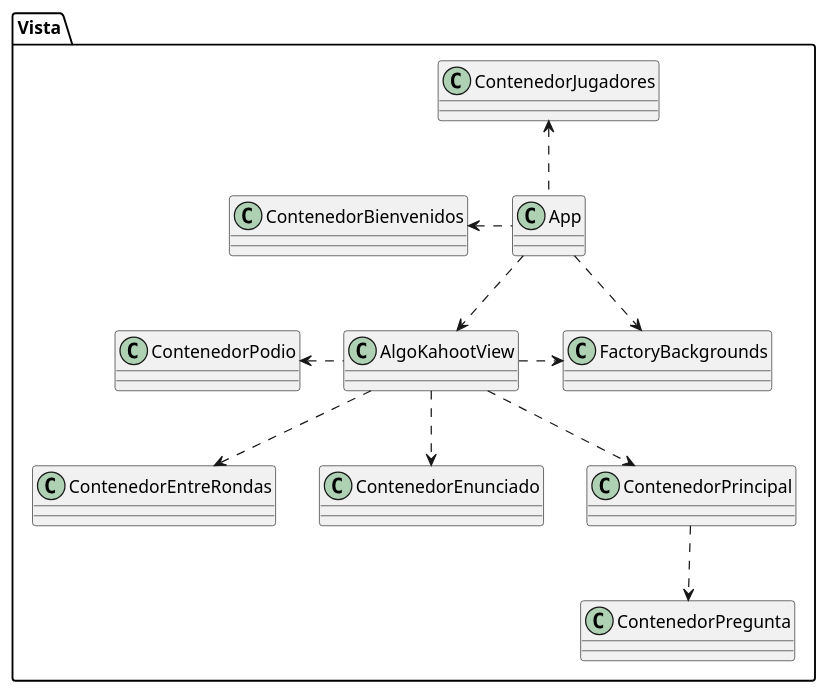
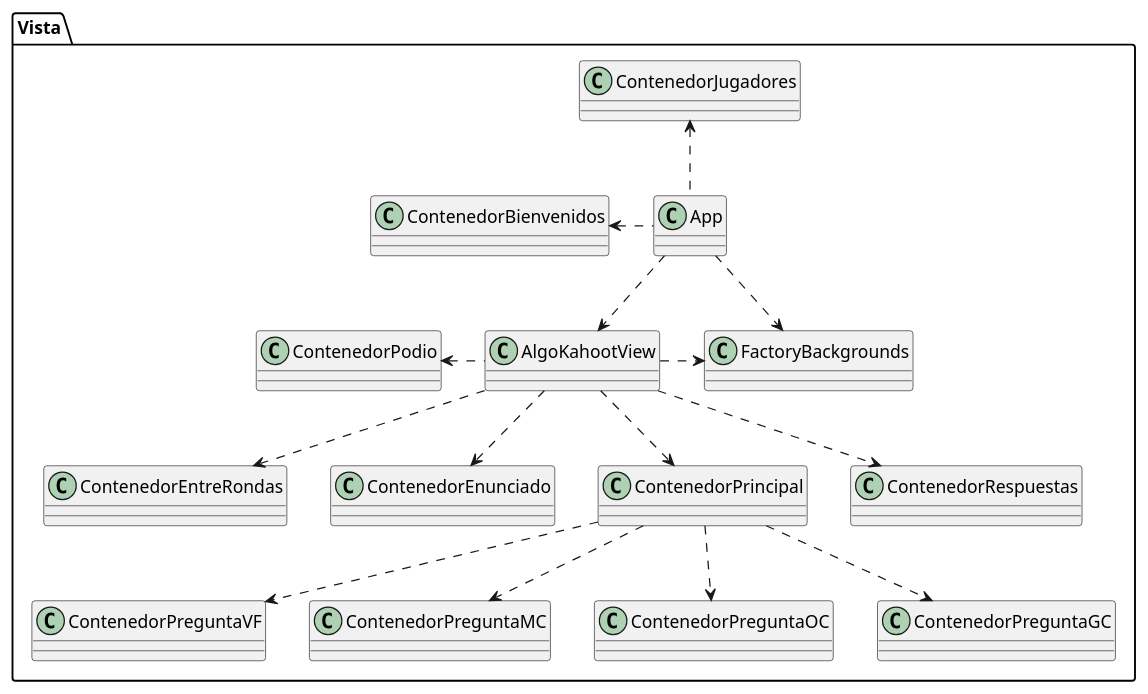
One commit to gcc-cdimatteo/Algoritmos-y-Programacion-III-75.07 changed the diagram in Documentacion/Diagramas de Clases/Diagrama de Clases Vista.puml. Above: the diagram before and after it, drawn with PlantUML. The commit also changed 1 other file, not shown here.

Commit message:
Actualizo diagramas de la Vista

```diff
--- a/Documentacion/Diagramas de Clases/Diagrama de Clases Vista.puml
+++ b/Documentacion/Diagramas de Clases/Diagrama de Clases Vista.puml
@@ -1,41 +1,49 @@
 @startuml
 skinparam classAttributeIconSize 0
 
 package Vista {
     class AlgoKahootView
     class App
     class ContenedorBienvenidos
     class ContenedorEntreRondas
     class ContenedorEnunciado
     class ContenedorJugadores
     class ContenedorPodio
-    class ContenedorPregunta
+    class ContenedorPreguntaVF
+    class ContenedorPreguntaMC
+    class ContenedorPreguntaOC
+    class ContenedorPreguntaGC
     class ContenedorPrincipal
+    class ContenedorRespuestas
     class FactoryBackgrounds
 }
 
 'Ordenamiento De Cuadrados
 
 'Herencia --|> cumple la relación 'es un'
 
 'Asociacion --> un objeto guarda a otro
 
 'Agregacion --o un objeto esta compuesto por otro pero no lo necesita para vivir
 
 'Composicion --* un objeto es dueño de otro
 
 'Dependencia ..> un objeto utiliza a otro porque lo recibe/devuelve
 AlgoKahootView .left.> ContenedorPodio
 AlgoKahootView ..> ContenedorEntreRondas
 AlgoKahootView ..> ContenedorEnunciado
 AlgoKahootView ..> ContenedorPrincipal
+AlgoKahootView ..> ContenedorRespuestas
 AlgoKahootView .right.> FactoryBackgrounds
 App .up.> ContenedorJugadores
 App ..> FactoryBackgrounds
 App .left.> ContenedorBienvenidos
 App ..> AlgoKahootView
-ContenedorPrincipal ..> ContenedorPregunta
+ContenedorPrincipal ..> ContenedorPreguntaVF
+ContenedorPrincipal ..> ContenedorPreguntaMC
+ContenedorPrincipal ..> ContenedorPreguntaOC
+ContenedorPrincipal ..> ContenedorPreguntaGC
 
 'Interfaces ..|> colección de declaraciones de métodos sin implemetnar
 
 @enduml
```
